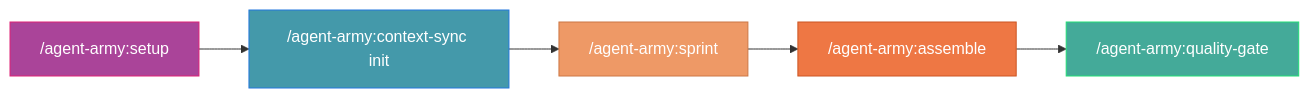
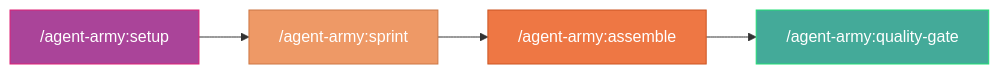
Before and after one commit to Muheng1992/symbiotic-engineering: the diagram in plugins/agent-army/README.md, drawn with Mermaid. The commit also changed other lines of this file and 46 other files, not shown here.

First line of the commit message:
feat: Streamline Agent Army from 10 to 5 agents (v2.0)

````diff
--- a/plugins/agent-army/README.md
+++ b/plugins/agent-army/README.md
@@ -94,13 +88,11 @@
 ```mermaid
 graph LR
-    A["/agent-army:setup"] --> B["/agent-army:context-sync init"]
-    B --> C["/agent-army:sprint"]
-    C --> D["/agent-army:assemble"]
-    D --> E["/agent-army:quality-gate"]
+    A["/agent-army:setup"] --> B["/agent-army:sprint"]
+    B --> C["/agent-army:assemble"]
+    C --> D["/agent-army:quality-gate"]
 
     style A fill:#a49,stroke:#d27,color:#fff
-    style B fill:#49a,stroke:#27d,color:#fff
-    style C fill:#e96,stroke:#c74,color:#fff
-    style D fill:#e74,stroke:#c52,color:#fff
-    style E fill:#4a9,stroke:#2d7,color:#fff
+    style B fill:#e96,stroke:#c74,color:#fff
+    style C fill:#e74,stroke:#c52,color:#fff
+    style D fill:#4a9,stroke:#2d7,color:#fff
 ```
````
